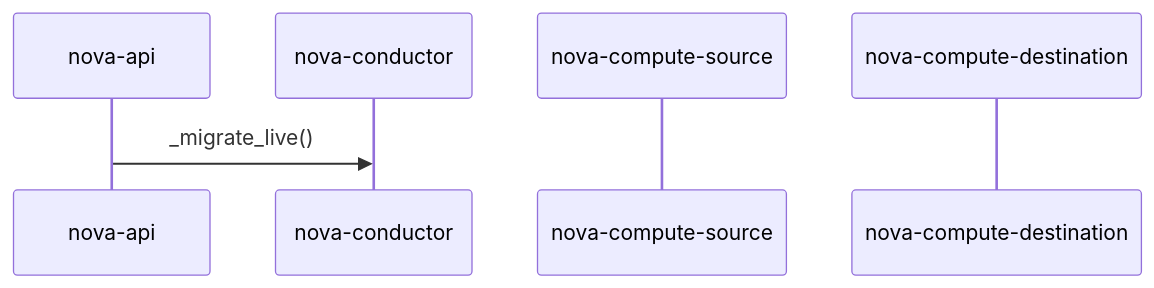
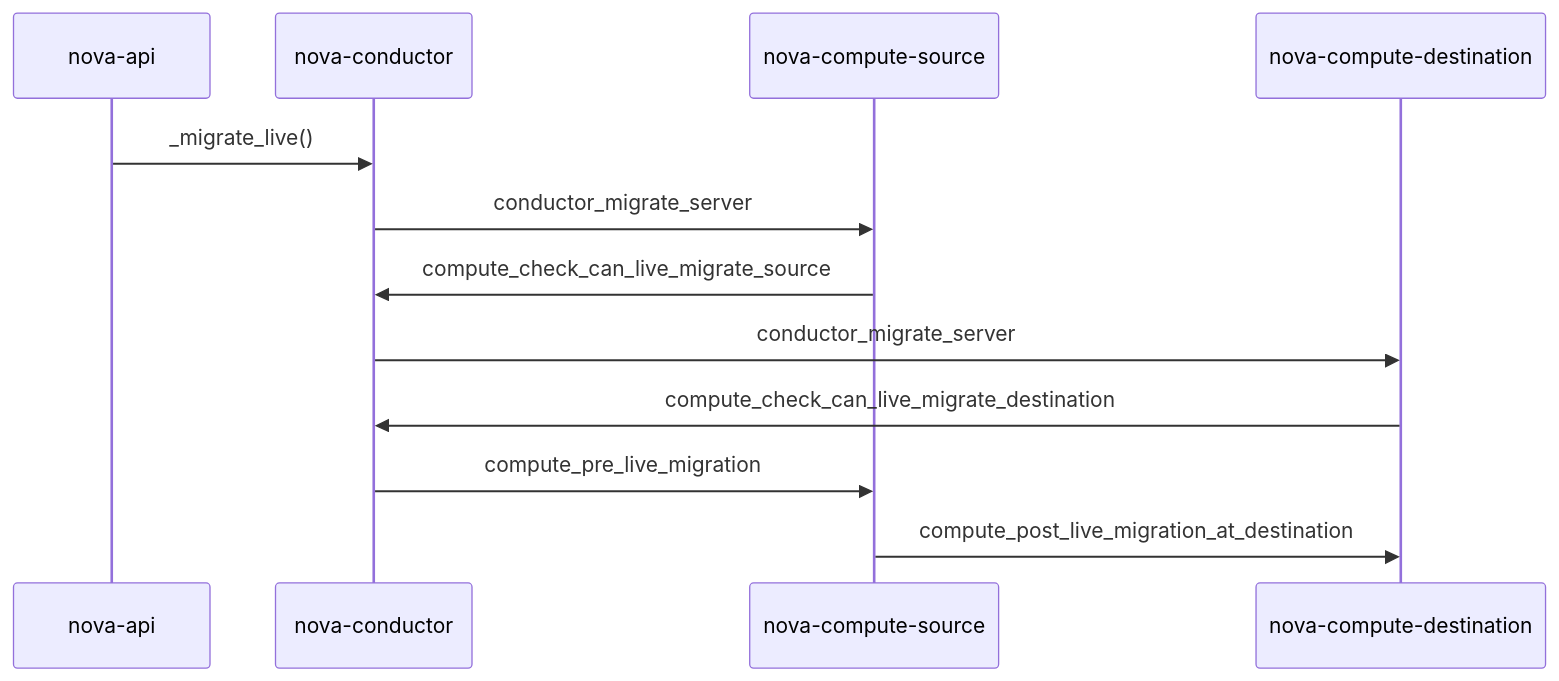
Before and after one commit to Jauns27149/go-career: the second of 2 diagrams in python/openstack/nova/nova.md, drawn with Mermaid. The commit also changed other lines of this file and 7 other files, not shown here.

````diff
--- a/python/openstack/nova/nova.md
+++ b/python/openstack/nova/nova.md
@@ -634,8 +634,14 @@
 ```mermaid
 sequenceDiagram
 	participant nova-api
 	participant nova-conductor
 	participant nova-compute-source
 	participant nova-compute-destination
 	nova-api ->> nova-conductor: _migrate_live()
+	nova-conductor ->> nova-compute-source: conductor_migrate_server
+	nova-compute-source ->> nova-conductor: compute_check_can_live_migrate_source
+	nova-conductor ->> nova-compute-destination: conductor_migrate_server
+	nova-compute-destination ->> nova-conductor: compute_check_can_live_migrate_destination
+	nova-conductor ->> nova-compute-source : compute_pre_live_migration
+	nova-compute-source ->> nova-compute-destination : compute_post_live_migration_at_destination
 ```
````
